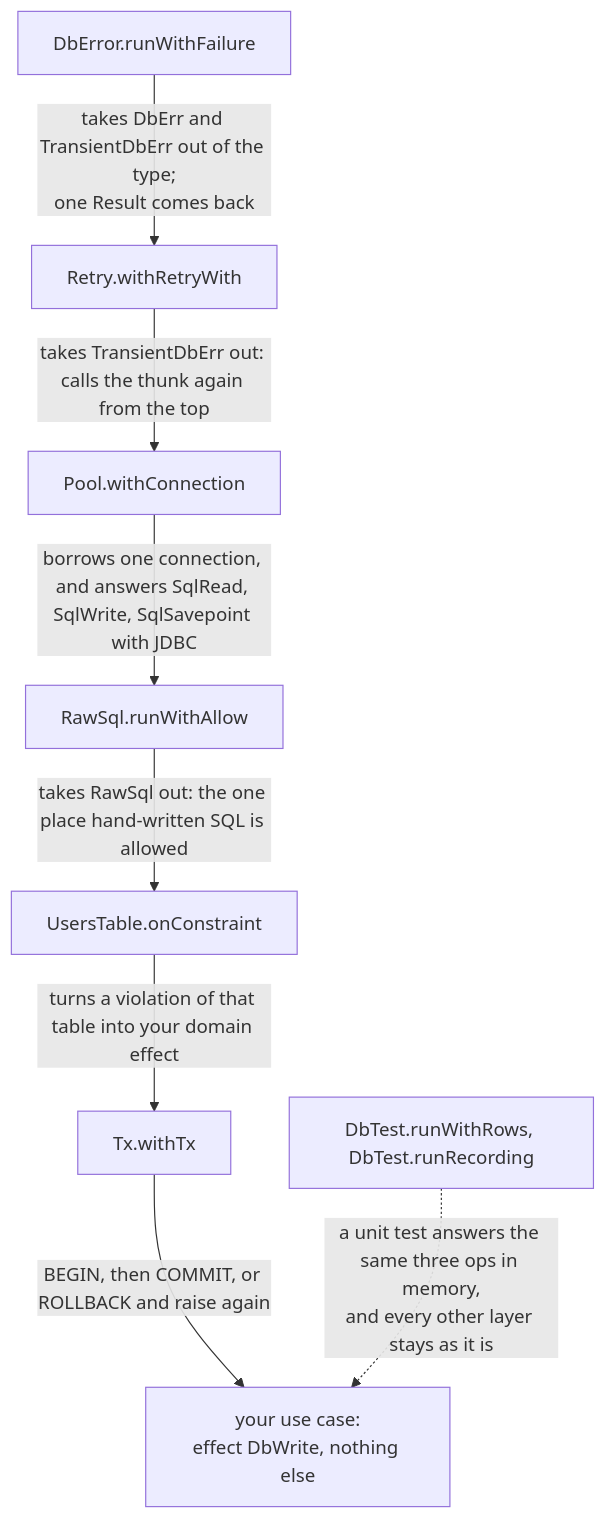
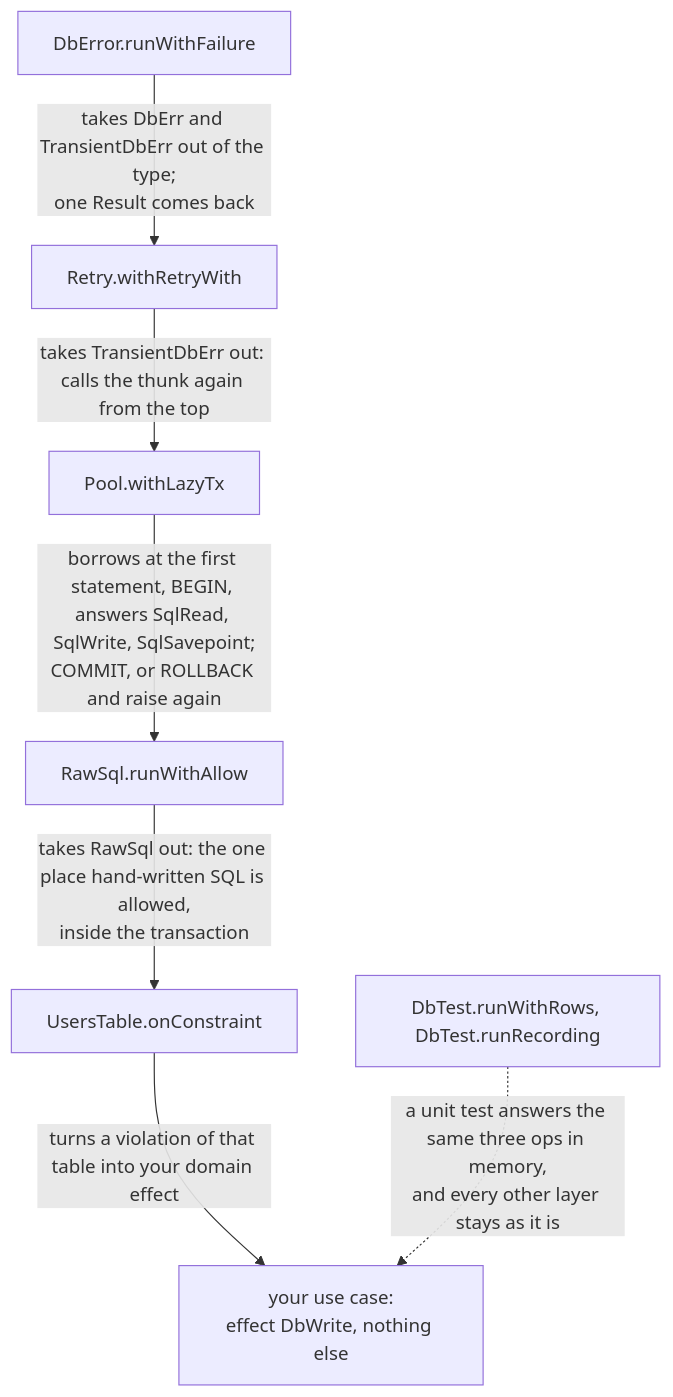
The third of 8 diagrams in README.md (ababup1192/sqlfx), drawn with Mermaid before and after one commit. The commit also changed other lines of this file, not shown here.

````diff
--- a/README.md
+++ b/README.md
@@ -734,10 +735,9 @@
 ```mermaid
 flowchart TD
   f["DbError.runWithFailure"] -->|"takes DbErr and TransientDbErr out of the type;<br/>one Result comes back"| r["Retry.withRetryWith"]
-  r -->|"takes TransientDbErr out: calls the thunk again from the top"| c["Pool.withConnection"]
-  c -->|"borrows one connection, and answers SqlRead, SqlWrite, SqlSavepoint with JDBC"| raw["RawSql.runWithAllow"]
-  raw -->|"takes RawSql out: the one place hand-written SQL is allowed"| oc["UsersTable.onConstraint"]
-  oc -->|"turns a violation of that table into your domain effect"| tx["Tx.withTx"]
-  tx -->|"BEGIN, then COMMIT, or ROLLBACK and raise again"| uc["your use case:<br/>effect DbWrite, nothing else"]
+  r -->|"takes TransientDbErr out: calls the thunk again from the top"| tx["Pool.withLazyTx"]
+  tx -->|"borrows at the first statement, BEGIN, answers SqlRead, SqlWrite, SqlSavepoint;<br/>COMMIT, or ROLLBACK and raise again"| raw["RawSql.runWithAllow"]
+  raw -->|"takes RawSql out: the one place hand-written SQL is allowed,<br/>inside the transaction"| oc["UsersTable.onConstraint"]
+  oc -->|"turns a violation of that table into your domain effect"| uc["your use case:<br/>effect DbWrite, nothing else"]
   test["DbTest.runWithRows, DbTest.runRecording"] -.->|"a unit test answers the same three ops in memory,<br/>and every other layer stays as it is"| uc
 ```
````
